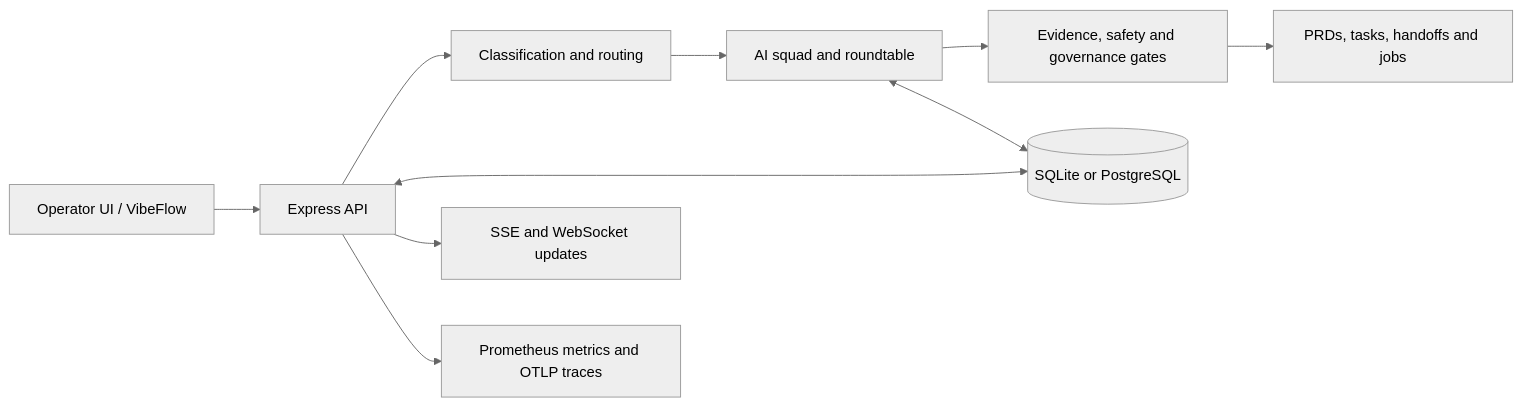
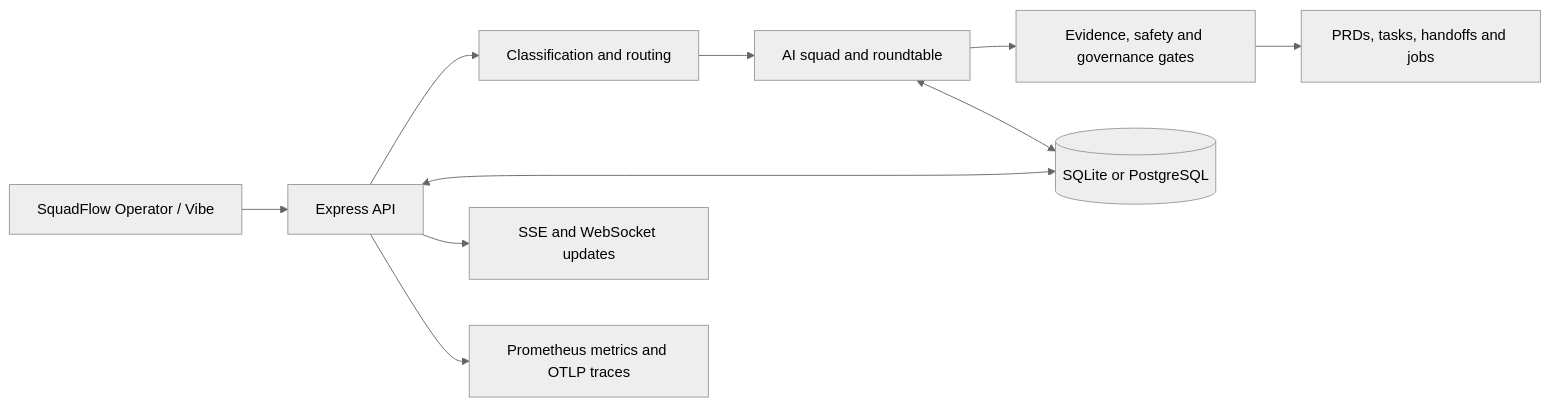
The diagram in README.md (jhonnybrzz1/squadflow), drawn with Mermaid (neutral theme) before and after one commit. The commit also changed other lines of this file and 13 other files, not shown here.

````diff
--- a/README.md
+++ b/README.md
@@ -45,12 +45,12 @@
 ```mermaid
 flowchart LR
-    UI[Operator UI / VibeFlow] --> API[Express API]
+    UI[SquadFlow Operator / Vibe] --> API[Express API]
     API --> CLASSIFY[Classification and routing]
     CLASSIFY --> SQUAD[AI squad and roundtable]
     SQUAD --> GATES[Evidence, safety and governance gates]
     GATES --> ARTIFACTS[PRDs, tasks, handoffs and jobs]
     API <--> DATA[(SQLite or PostgreSQL)]
     SQUAD <--> DATA
     API --> LIVE[SSE and WebSocket updates]
     API --> OBS[Prometheus metrics and OTLP traces]
 ```
````
